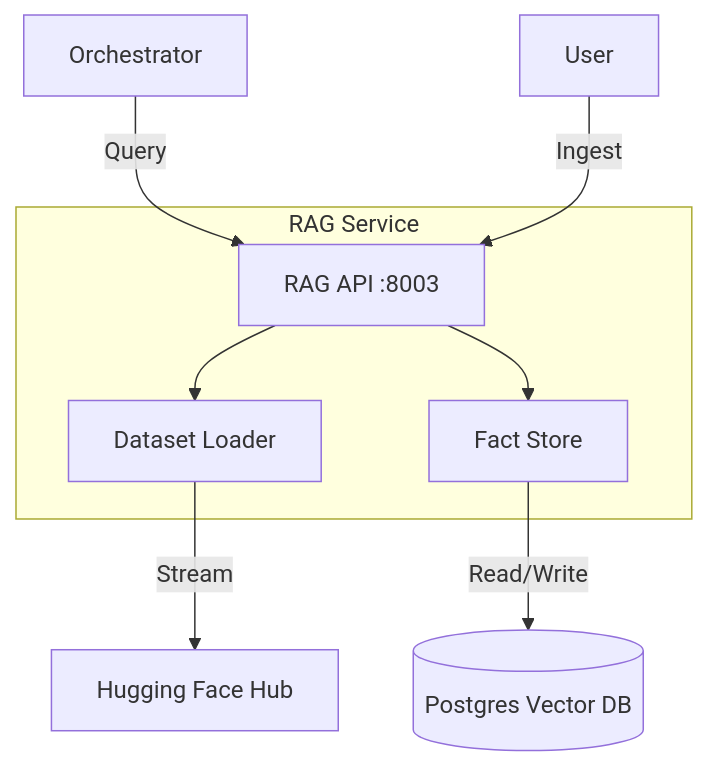
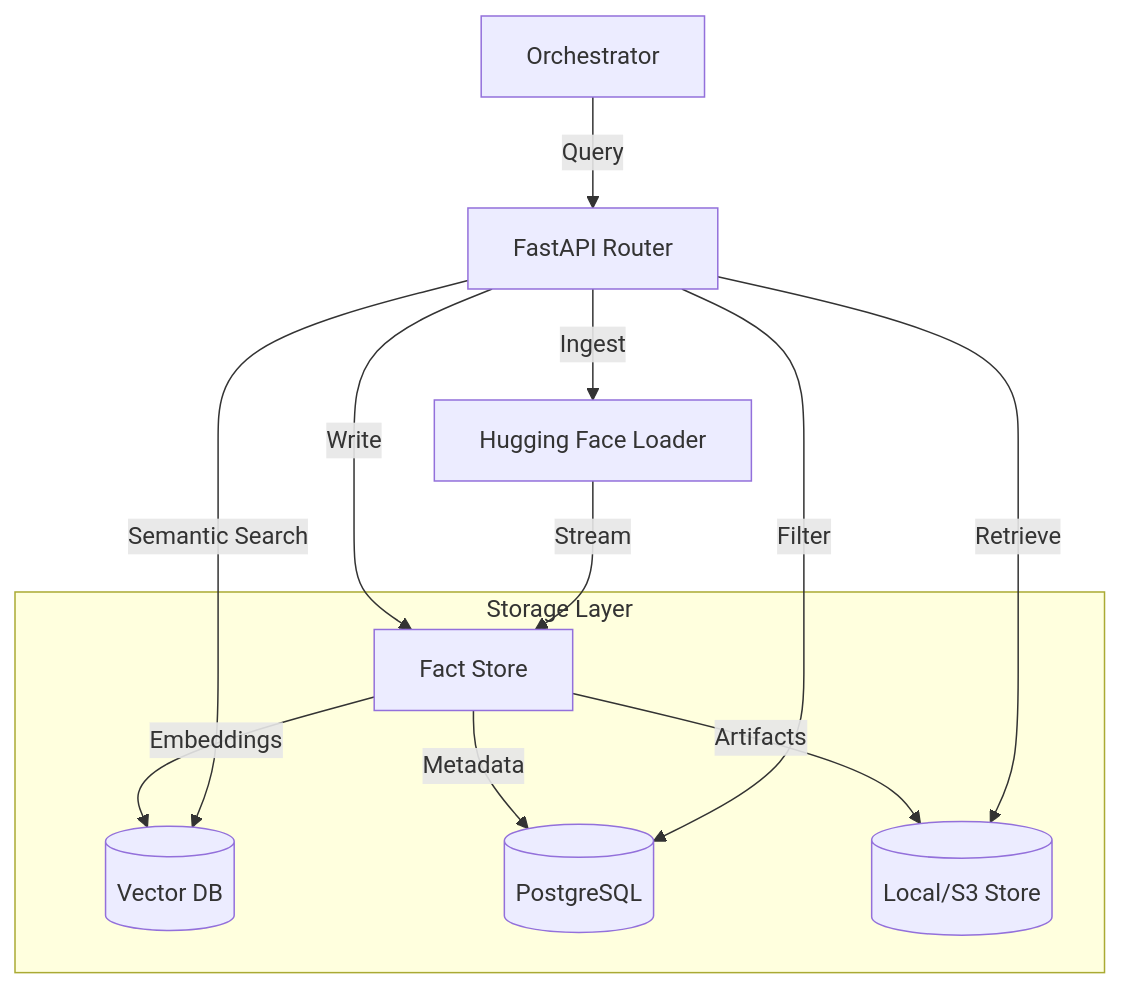
Before and after one commit to azzindani/Kea: the diagram in services/rag_service/README.md, drawn with Mermaid. The commit also changed other lines of this file and 13 other files, not shown here.

````diff
--- a/services/rag_service/README.md
+++ b/services/rag_service/README.md
@@ -13,13 +26,18 @@
 ```mermaid
 graph TD
-    Client[Orchestrator] -->|Query| API[RAG API :8003]
-    Admin[User] -->|Ingest| API
+    API[FastAPI Router] -->|Ingest| HF[Hugging Face Loader]
+    API -->|Write| FactStore[Fact Store]
     
-    subgraph "RAG Service"
-        API --> Loader[Dataset Loader]
-        API --> Store[Fact Store]
+    HF -->|Stream| FactStore
+    
+    subgraph "Storage Layer"
+        FactStore -->|Embeddings| VectorDB[(Vector DB)]
+        FactStore -->|Metadata| PG[(PostgreSQL)]
+        FactStore -->|Artifacts| Files[(Local/S3 Store)]
     end
     
-    Loader -->|Stream| HF[Hugging Face Hub]
-    Store -->|Read/Write| DB[(Postgres Vector DB)]
+    Orchestrator[Orchestrator] -->|Query| API
+    API -->|Semantic Search| VectorDB
+    API -->|Filter| PG
+    API -->|Retrieve| Files
 ```
````
